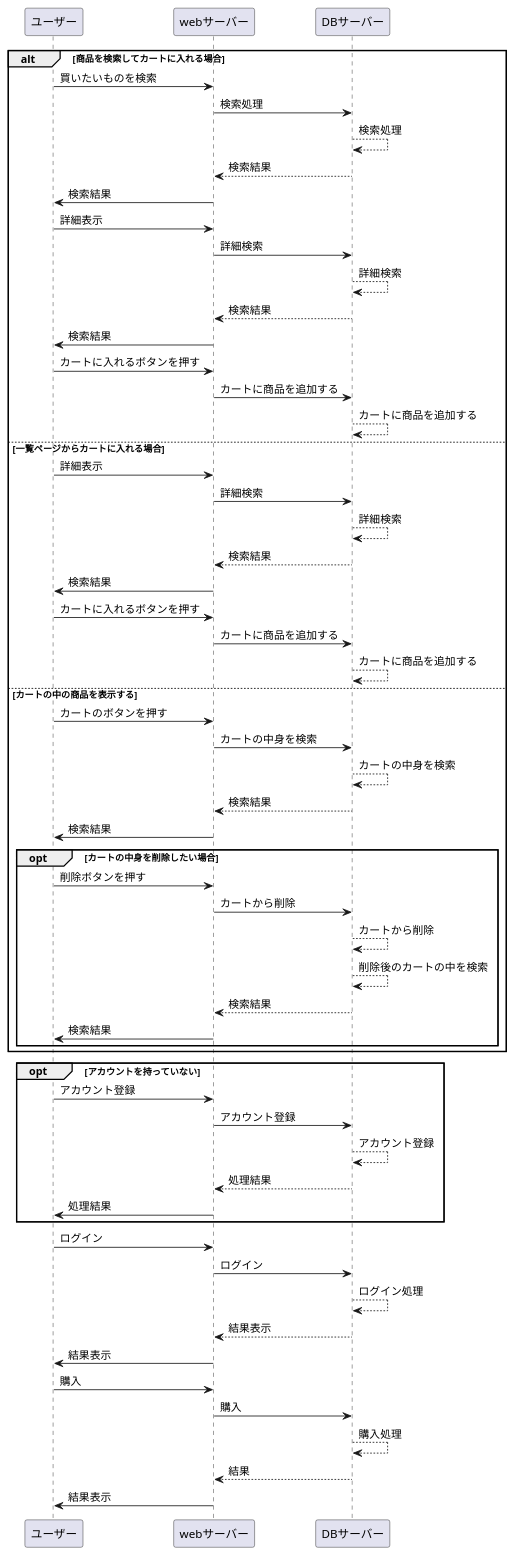
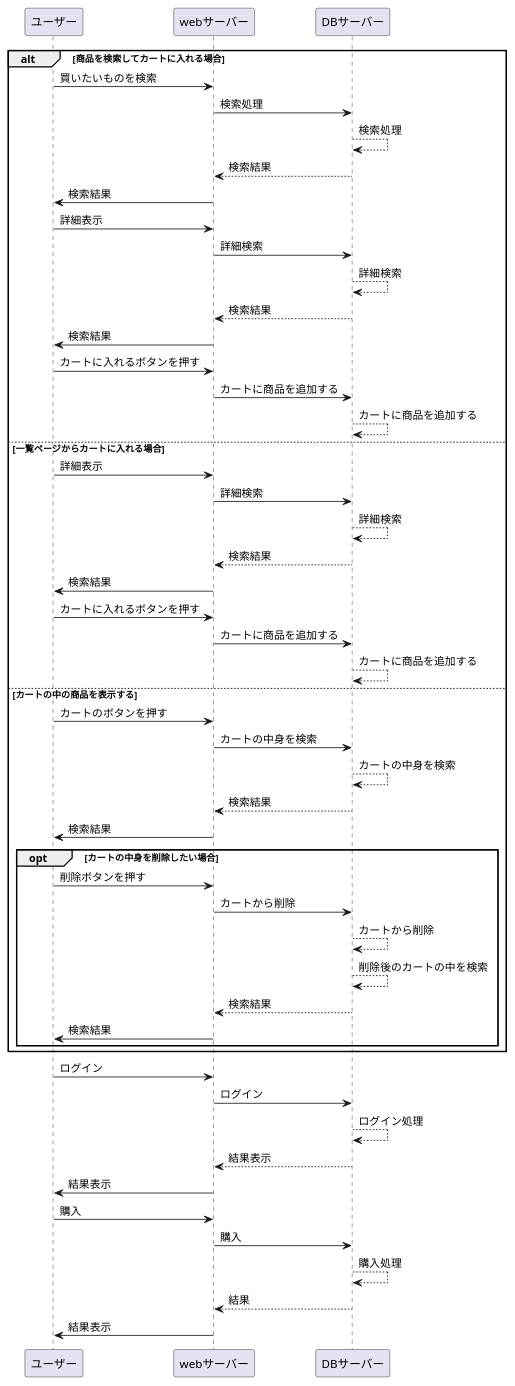
Before and after one commit to Aso2001148/2021sys-design: the diagram in sample-flow.md, drawn with PlantUML.

````diff
--- a/sample-flow.md
+++ b/sample-flow.md
@@ -1,61 +1,54 @@
 ```uml
 @startuml
 alt 商品を検索してカートに入れる場合
 ユーザー -> webサーバー : 買いたいものを検索
 webサーバー -> DBサーバー: 検索処理
 DBサーバー --> DBサーバー : 検索処理
 DBサーバー --> webサーバー: 検索結果
 webサーバー -> ユーザー :検索結果
 ユーザー -> webサーバー : 詳細表示
 webサーバー -> DBサーバー: 詳細検索
 DBサーバー --> DBサーバー : 詳細検索
 DBサーバー --> webサーバー: 検索結果
 webサーバー -> ユーザー :検索結果
 ユーザー -> webサーバー : カートに入れるボタンを押す
 webサーバー -> DBサーバー: カートに商品を追加する
 DBサーバー --> DBサーバー : カートに商品を追加する
 
 else 一覧ページからカートに入れる場合
 ユーザー -> webサーバー : 詳細表示
 webサーバー -> DBサーバー: 詳細検索
 DBサーバー --> DBサーバー : 詳細検索
 DBサーバー --> webサーバー: 検索結果
 webサーバー -> ユーザー :検索結果
 ユーザー -> webサーバー : カートに入れるボタンを押す
 webサーバー -> DBサーバー: カートに商品を追加する
 DBサーバー --> DBサーバー : カートに商品を追加する
 
 else カートの中の商品を表示する
 ユーザー -> webサーバー : カートのボタンを押す
 webサーバー -> DBサーバー: カートの中身を検索
 DBサーバー --> DBサーバー : カートの中身を検索
 DBサーバー --> webサーバー: 検索結果
 webサーバー -> ユーザー :検索結果
 opt カートの中身を削除したい場合
 ユーザー -> webサーバー : 削除ボタンを押す
 webサーバー -> DBサーバー: カートから削除
 DBサーバー --> DBサーバー : カートから削除
 DBサーバー --> DBサーバー : 削除後のカートの中を検索
 DBサーバー --> webサーバー: 検索結果
 webサーバー -> ユーザー :検索結果
 end
 end
-opt アカウントを持っていない
-ユーザー -> webサーバー : アカウント登録
-webサーバー -> DBサーバー: アカウント登録
-DBサーバー --> DBサーバー : アカウント登録
-DBサーバー --> webサーバー: 処理結果
-webサーバー -> ユーザー :処理結果
-end
 ユーザー -> webサーバー : ログイン
 webサーバー -> DBサーバー: ログイン
 DBサーバー --> DBサーバー : ログイン処理
 DBサーバー --> webサーバー: 結果表示
 webサーバー -> ユーザー :結果表示
 ユーザー -> webサーバー : 購入
 webサーバー -> DBサーバー: 購入
 DBサーバー --> DBサーバー : 購入処理
 DBサーバー --> webサーバー: 結果
 webサーバー -> ユーザー :結果表示
 @enduml
 ```
````
